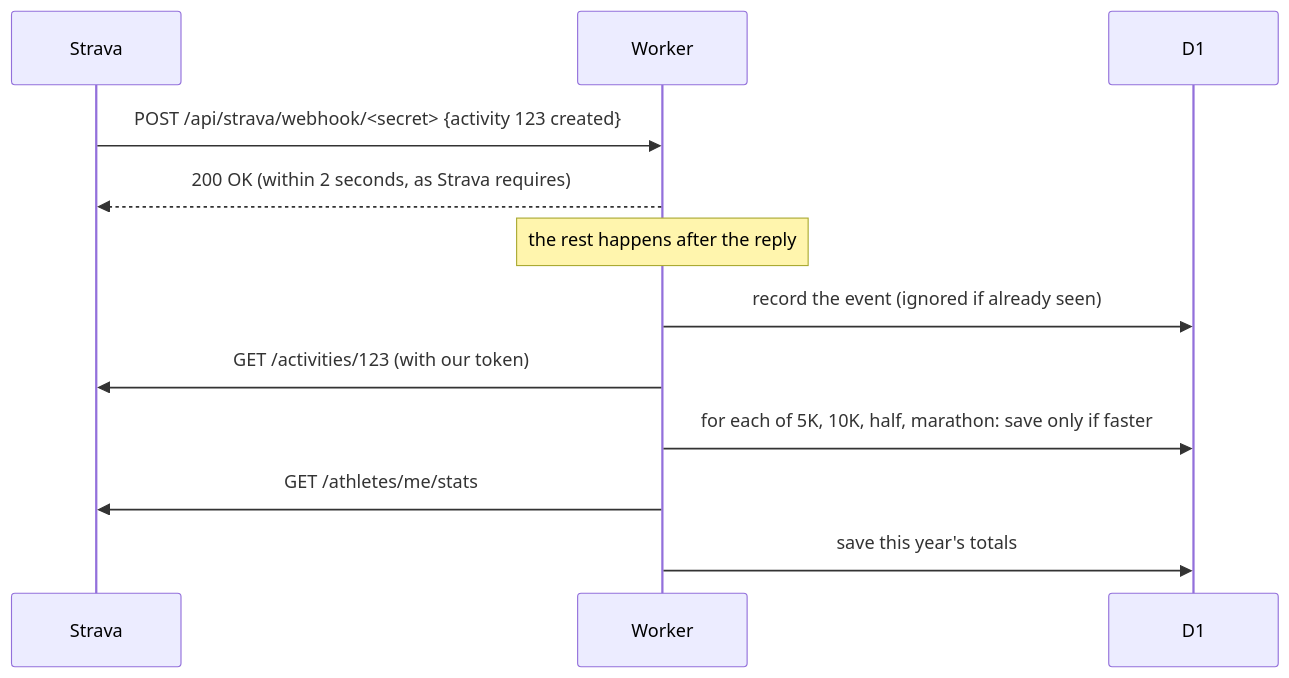
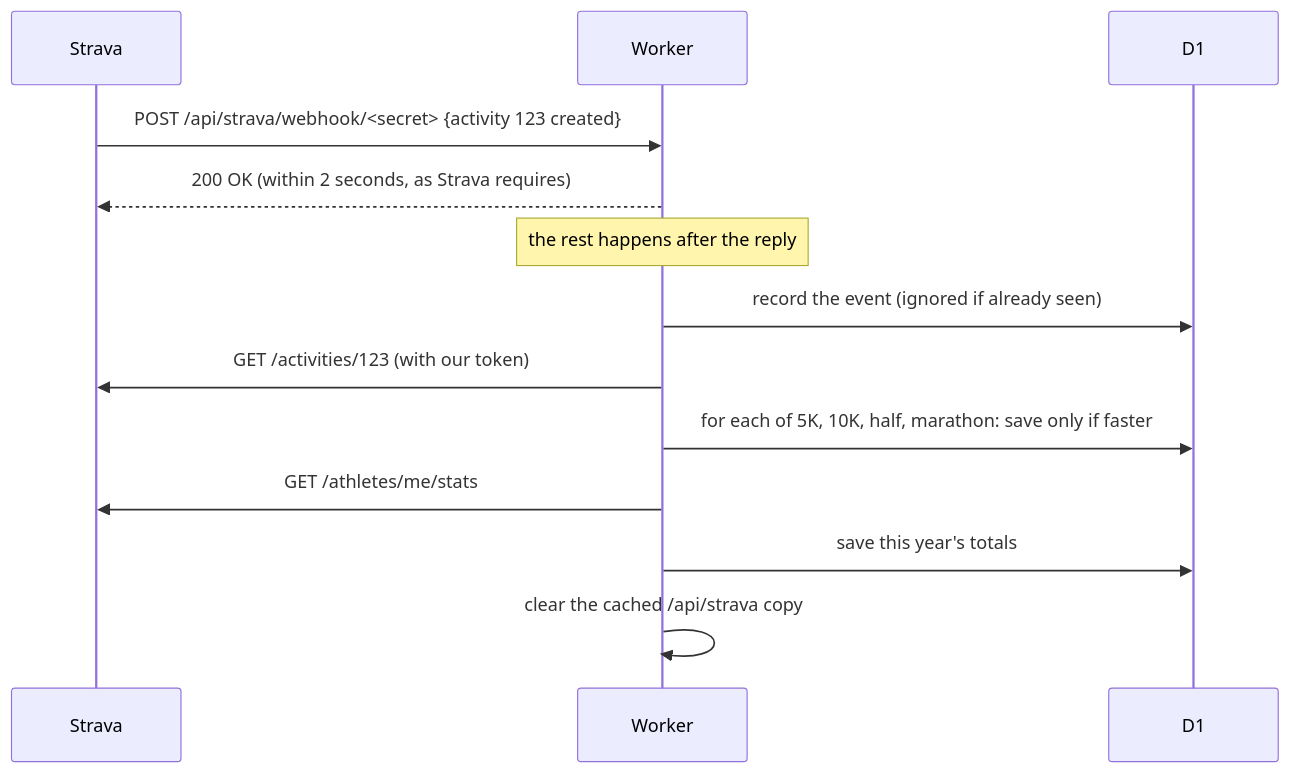
One commit to Joseph-M-2005/jodev.co.za changed the third of 3 diagrams in STRAVA.md. Above: the diagram before and after it, drawn with Mermaid. The commit also changed other lines of this file and 3 other files, not shown here.

First line of the commit message:
Strava: clear the cached data after syncs, readable dates on the Best Efforts cards

````diff
--- a/STRAVA.md
+++ b/STRAVA.md
@@ -64,14 +64,15 @@
 ```mermaid
 sequenceDiagram
   participant S as Strava
   participant W as Worker
   participant DB as D1
   S->>W: POST /api/strava/webhook/<secret> {activity 123 created}
   W-->>S: 200 OK (within 2 seconds, as Strava requires)
   Note over W: the rest happens after the reply
   W->>DB: record the event (ignored if already seen)
   W->>S: GET /activities/123 (with our token)
   W->>DB: for each of 5K, 10K, half, marathon: save only if faster
   W->>S: GET /athletes/me/stats
   W->>DB: save this year's totals
+  W->>W: clear the cached /api/strava copy
 ```
````
